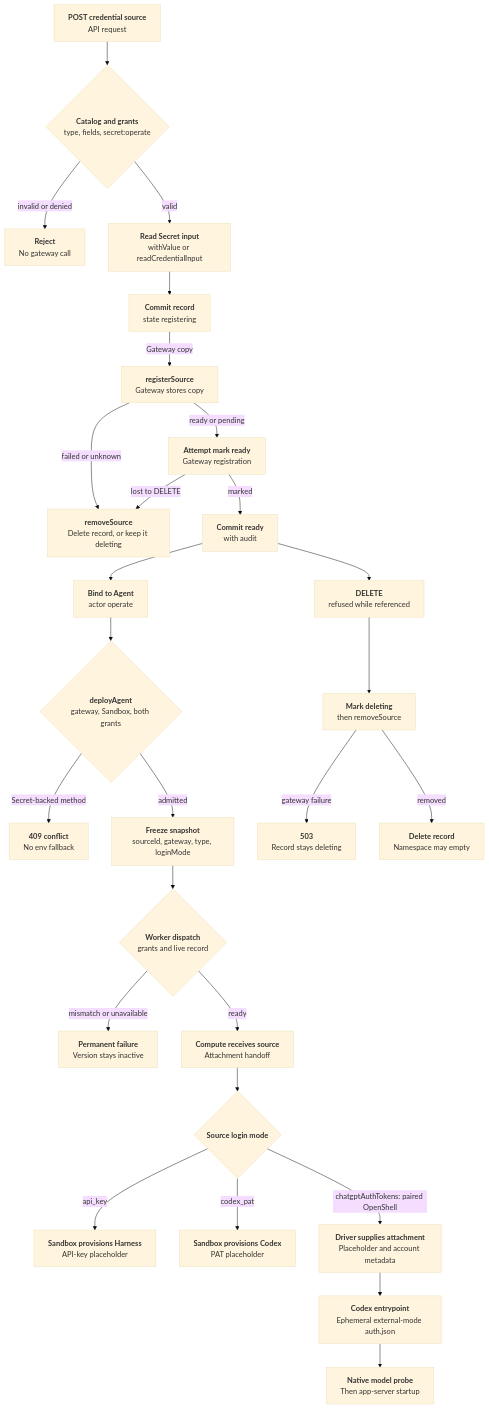
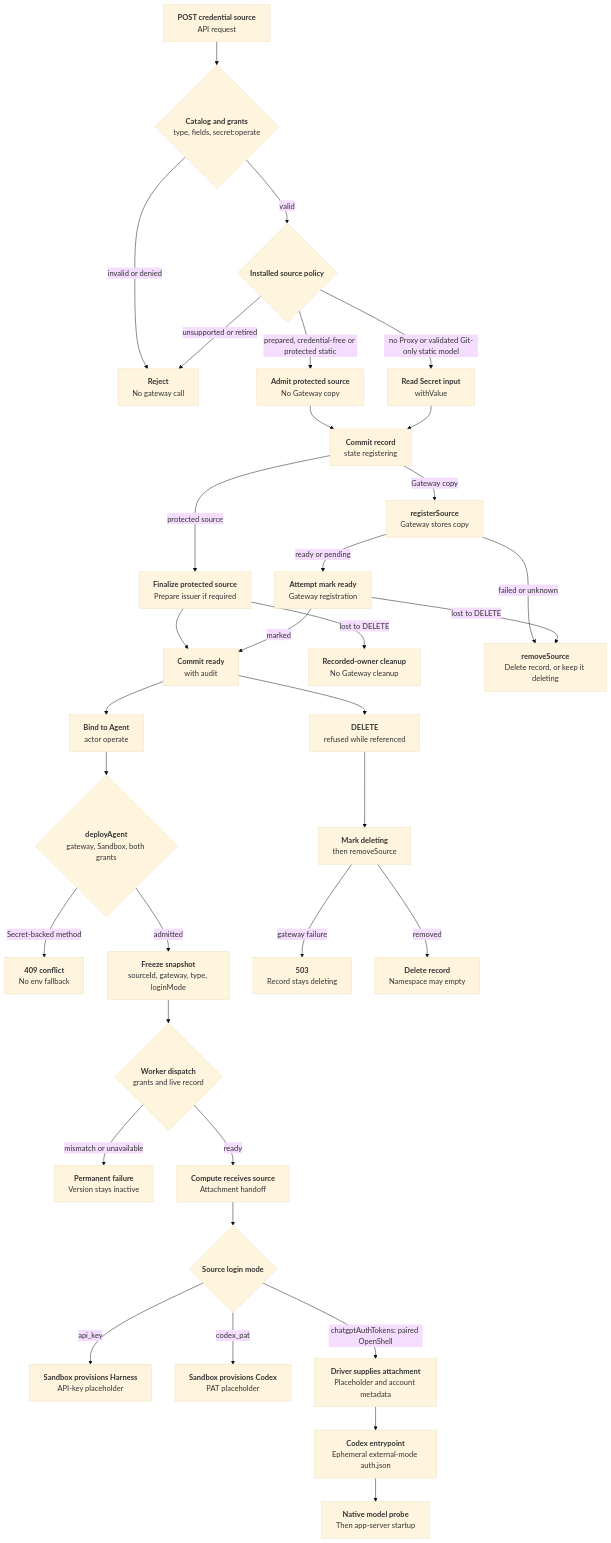
Before and after one commit to openclaw/openclaw-enterprise: the diagram in docs/flows/credential-source-lifecycle.md, drawn with Mermaid (base theme). The commit also changed other lines of this file and 16 other files, not shown here.

Commit message:
Require the Git-only installation profile for ordinary model delivery

````diff
--- a/docs/flows/credential-source-lifecycle.md
+++ b/docs/flows/credential-source-lifecycle.md
@@ -34,29 +36,36 @@
 ```mermaid
 graph TD
   A["<b>POST credential source</b><br/>API request"] --> B{"<b>Catalog and grants</b><br/>type, fields, secret:operate"}
   B -- "invalid or denied" --> X["<b>Reject</b><br/>No gateway call"]
-  B -- "valid" --> C["<b>Read Secret input</b><br/>withValue or readCredentialInput"]
+  B -- "valid" --> P0{"<b>Installed source policy</b>"}
+  P0 -- "prepared, credential-free or protected static" --> P1["<b>Admit protected source</b><br/>No Gateway copy"]
+  P0 -- "no Proxy or validated Git-only static model" --> C["<b>Read Secret input</b><br/>withValue"]
+  P0 -- "unsupported or retired" --> X
+  P1 --> R
   C --> R["<b>Commit record</b><br/>state registering"]
   R -- "Gateway copy" --> D["<b>registerSource</b><br/>Gateway stores copy"]
+  R -- "protected source" --> PR["<b>Finalize protected source</b><br/>Prepare issuer if required"]
+  PR --> E
+  PR -- "lost to DELETE" --> PX["<b>Recorded-owner cleanup</b><br/>No Gateway cleanup"]
   D -- "failed or unknown" --> Y["<b>removeSource</b><br/>Delete record, or keep it deleting"]
   D -- "ready or pending" --> E0["<b>Attempt mark ready</b><br/>Gateway registration"]
   E0 -- "marked" --> E["<b>Commit ready</b><br/>with audit"]
   E0 -- "lost to DELETE" --> Y
   E --> F["<b>Bind to Agent</b><br/>actor operate"]
   F --> G{"<b>deployAgent</b><br/>gateway, Sandbox, both grants"}
   G -- "Secret-backed method" --> Z["<b>409 conflict</b><br/>No env fallback"]
   G -- "admitted" --> H["<b>Freeze snapshot</b><br/>sourceId, gateway, type, loginMode"]
   H --> I{"<b>Worker dispatch</b><br/>grants and live record"}
   I -- "mismatch or unavailable" --> W["<b>Permanent failure</b><br/>Version stays inactive"]
   I -- "ready" --> J["<b>Compute receives source</b><br/>Attachment handoff"]
   J --> P{"<b>Source login mode</b>"}
   P -- "api_key" --> Q["<b>Sandbox provisions Harness</b><br/>API-key placeholder"]
   P -- "codex_pat" --> Q1["<b>Sandbox provisions Codex</b><br/>PAT placeholder"]
   P -- "chatgptAuthTokens: paired OpenShell" --> T["<b>Driver supplies attachment</b><br/>Placeholder and account metadata"]
   T --> U["<b>Codex entrypoint</b><br/>Ephemeral external-mode auth.json"]
   U --> V["<b>Native model probe</b><br/>Then app-server startup"]
   E --> K["<b>DELETE</b><br/>refused while referenced"]
   K --> L["<b>Mark deleting</b><br/>then removeSource"]
   L -- "gateway failure" --> M["<b>503</b><br/>Record stays deleting"]
   L -- "removed" --> N["<b>Delete record</b><br/>Namespace may empty"]
 ```
````
